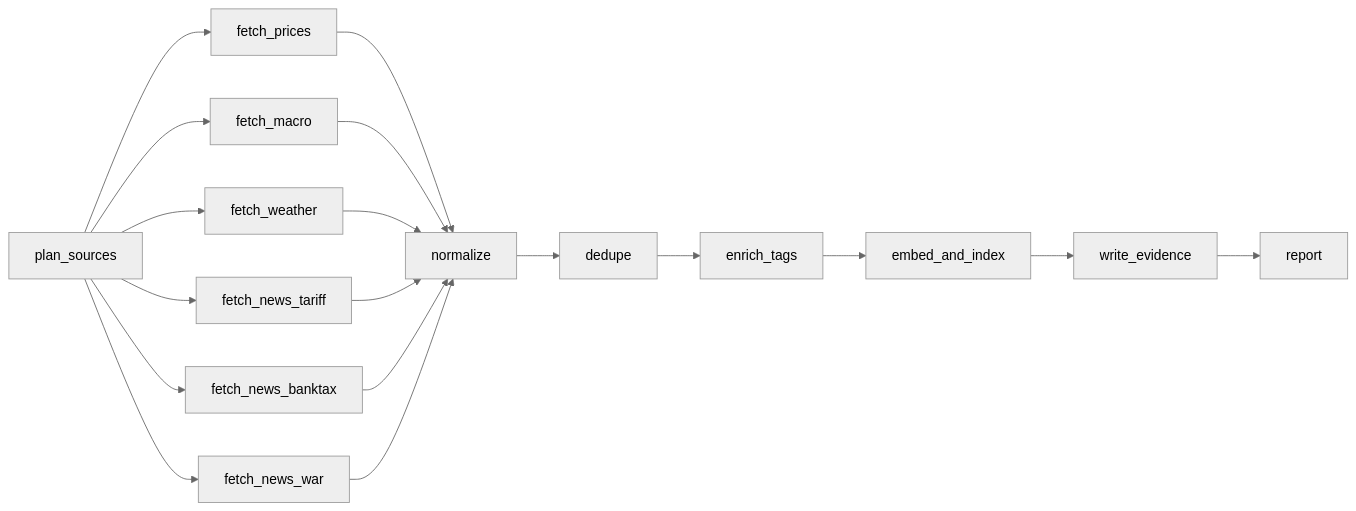
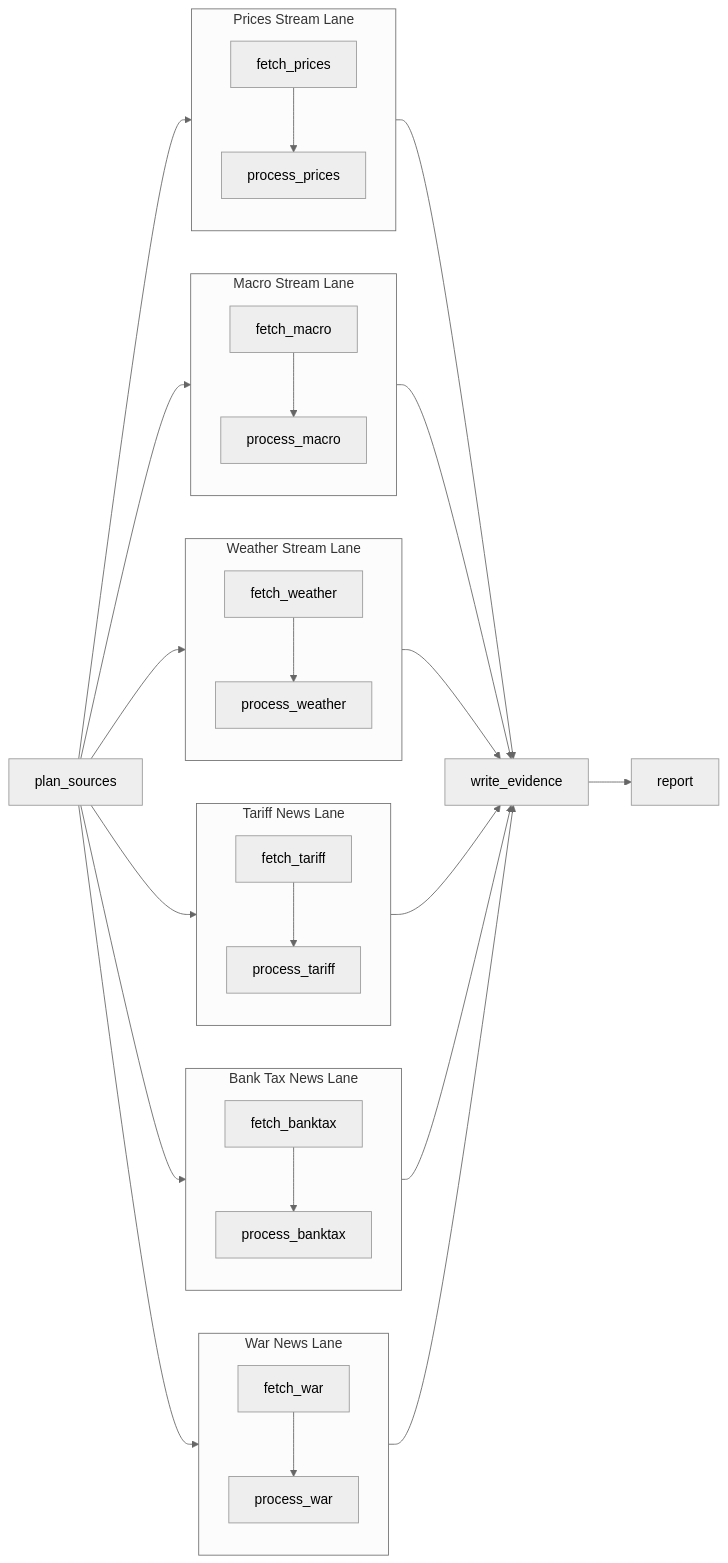
The diagram in docs/ingestion.md (ABHImaybeJEET/stop_loss), drawn with Mermaid (neutral theme) before and after one commit. The commit also changed other lines of this file and 4 other files, not shown here.

````diff
--- a/docs/ingestion.md
+++ b/docs/ingestion.md
@@ -31,6 +31,23 @@
 ```mermaid
 flowchart LR
-    plan_sources --> fetch_prices & fetch_macro & fetch_weather & fetch_news_tariff & fetch_news_banktax & fetch_news_war
-    fetch_prices & fetch_macro & fetch_weather & fetch_news_tariff & fetch_news_banktax & fetch_news_war --> normalize
-    normalize --> dedupe --> enrich_tags --> embed_and_index --> write_evidence --> report
+    plan_sources --> stream_prices & stream_macro & stream_weather & stream_news_tariff & stream_news_banktax & stream_news_war
+    subgraph stream_prices [Prices Stream Lane]
+        fetch_prices --> process_prices
+    end
+    subgraph stream_macro [Macro Stream Lane]
+        fetch_macro --> process_macro
+    end
+    subgraph stream_weather [Weather Stream Lane]
+        fetch_weather --> process_weather
+    end
+    subgraph stream_news_tariff [Tariff News Lane]
+        fetch_tariff --> process_tariff
+    end
+    subgraph stream_news_banktax [Bank Tax News Lane]
+        fetch_banktax --> process_banktax
+    end
+    subgraph stream_news_war [War News Lane]
+        fetch_war --> process_war
+    end
+    stream_prices & stream_macro & stream_weather & stream_news_tariff & stream_news_banktax & stream_news_war --> write_evidence --> report
 ```
````
